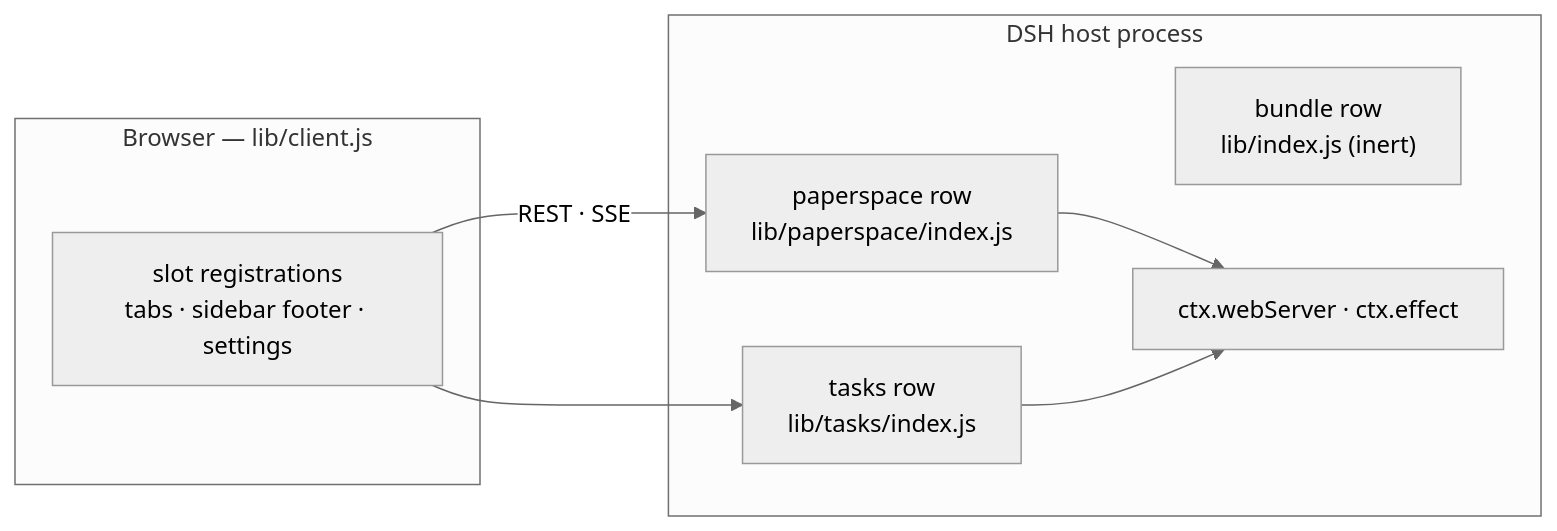
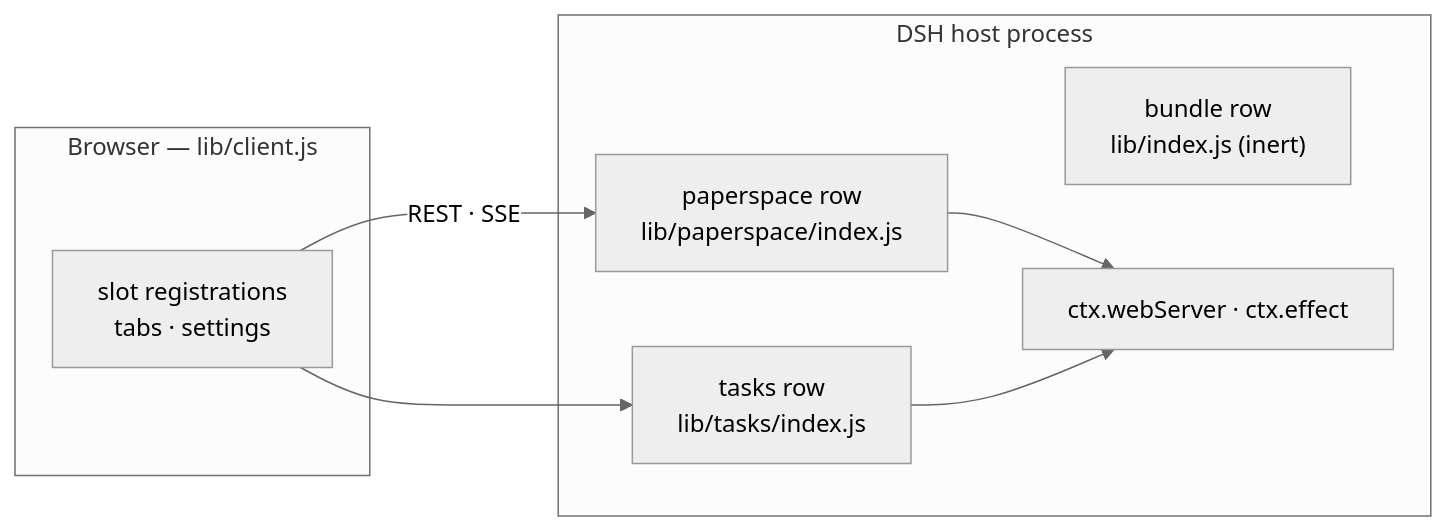
Before and after one commit to unknownue/dsh-unknownue-plugins: the diagram in docs/development.md, drawn with Mermaid (neutral theme). The commit also changed other lines of this file and 16 other files, not shown here.

````diff
--- a/docs/development.md
+++ b/docs/development.md
@@ -20,16 +21,16 @@
 ```mermaid
 flowchart LR
     subgraph browser["Browser — lib/client.js"]
-        ui["slot registrations<br/>tabs · sidebar footer · settings"]
+        ui["slot registrations<br/>tabs · settings"]
     end
     subgraph proc["DSH host process"]
         row["bundle row<br/>lib/index.js (inert)"]
         papers["paperspace row<br/>lib/paperspace/index.js"]
         tasks["tasks row<br/>lib/tasks/index.js"]
         seams["ctx.webServer · ctx.effect"]
     end
     ui -- "REST · SSE" --> papers
     ui --> tasks
     papers --> seams
     tasks --> seams
 ```
````
